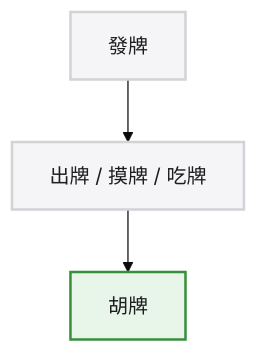
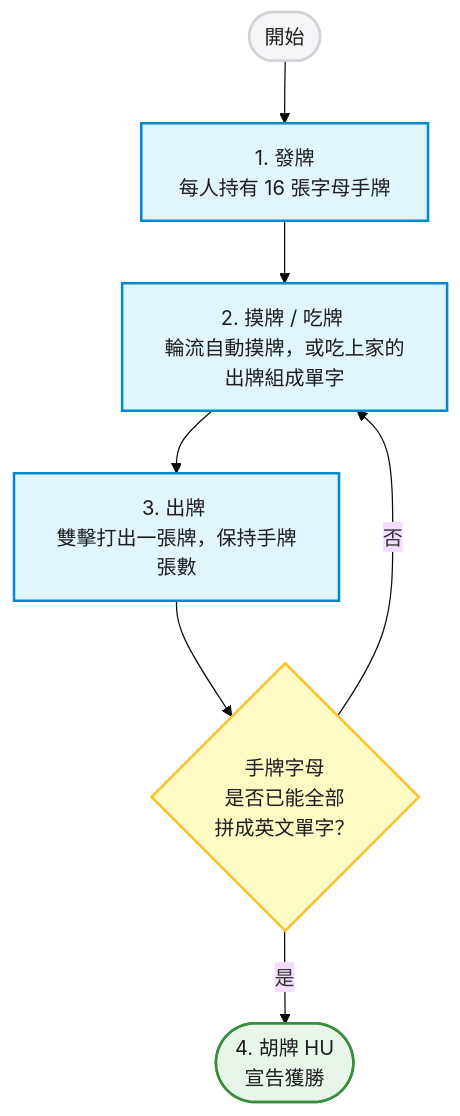
Before and after one commit to redbacon0423/english-mahjohn: the first of 2 diagrams in EXHIBITION.md, drawn with Mermaid (base theme). The commit also changed other lines of this file and 3 other files, not shown here.

Commit message:
docs: add usage.png/svg high-res assets and update flowchart

````diff
--- a/EXHIBITION.md
+++ b/EXHIBITION.md
@@ -49,10 +49,20 @@
 ```mermaid
 flowchart TD
-    classDef box fill:#f5f5f7,stroke:#d2d2d7,stroke-width:2px,color:#1d1d1f;
+    %% Define Styles
+    classDef startEnd fill:#f5f5f7,stroke:#d2d2d7,stroke-width:2px,color:#1d1d1f;
+    classDef process fill:#e1f5fe,stroke:#0288d1,stroke-width:2px,color:#1d1d1f;
+    classDef branch fill:#fff9c4,stroke:#fbc02d,stroke-width:2px,color:#1d1d1f;
     classDef win fill:#e8f5e9,stroke:#388e3c,stroke-width:2px,color:#1d1d1f;
     
-    A[發牌] --> B[出牌 / 摸牌 / 吃牌] --> C[胡牌]
+    A([開始]) --> B[1. 發牌 <br/>每人持有 16 張字母手牌]
+    B --> C[2. 摸牌 / 吃牌 <br/>輪流自動摸牌，或吃上家的出牌組成單字]
+    C --> D[3. 出牌 <br/>雙擊打出一張牌，保持手牌張數]
+    D --> E{手牌字母<br/>是否已能全部<br/>拼成英文單字？}
+    E -->|否| C
+    E -->|是| F([4. 胡牌 HU <br/>宣告獲勝])
     
-    class A,B box;
-    class C win;
+    class A,F startEnd;
+    class B,C,D process;
+    class E branch;
+    class F win;
 ```
````
